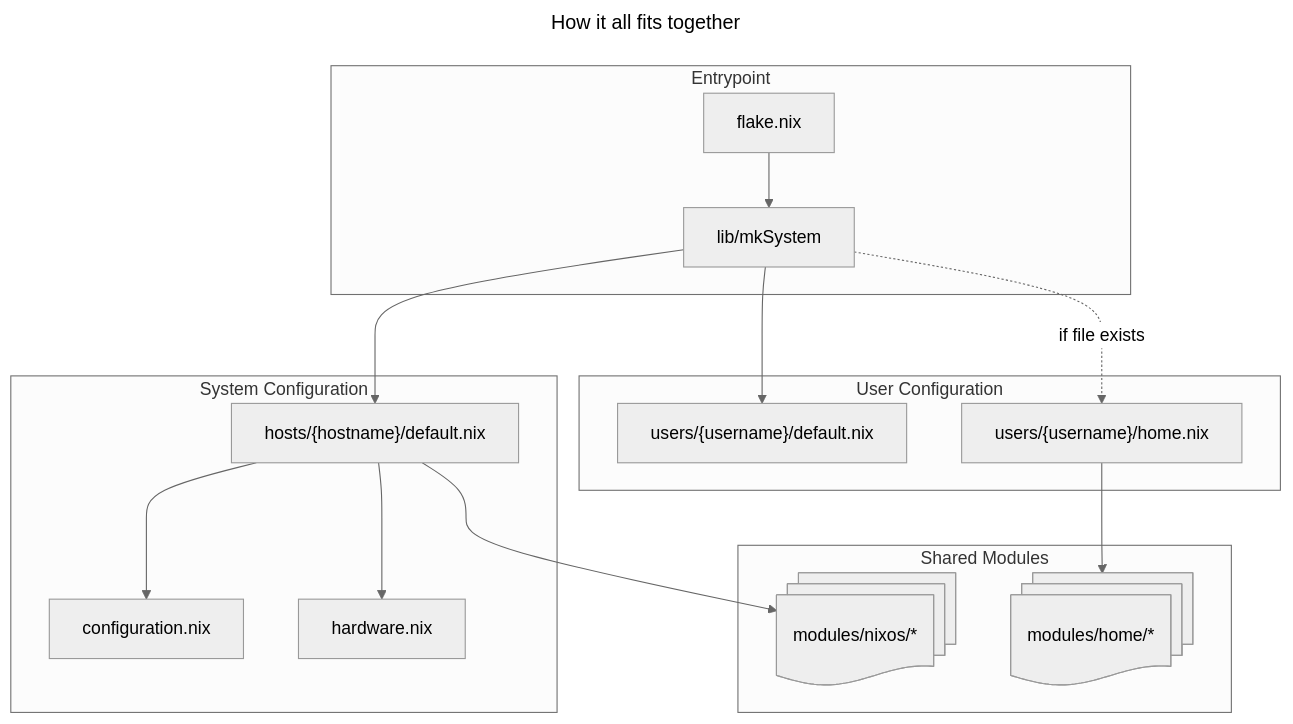
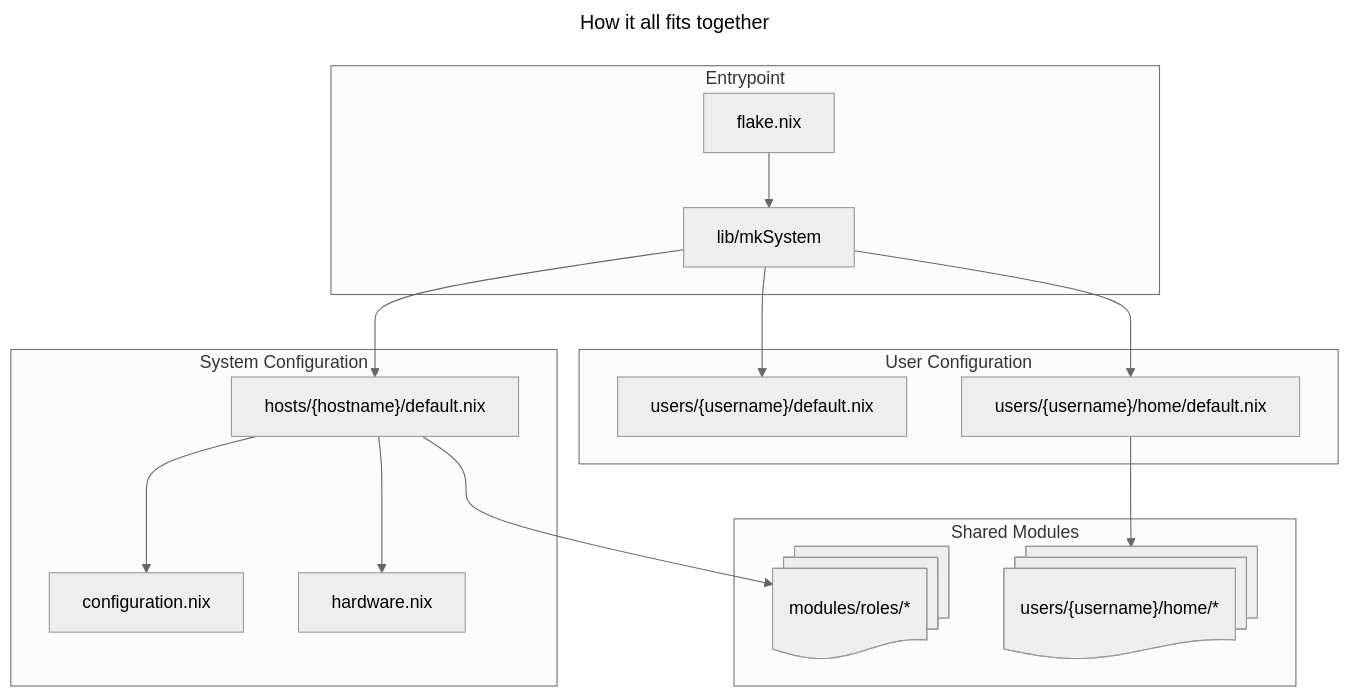
The diagram in README.md (zenware/nixos-config), drawn with Mermaid (neutral theme) before and after one commit. The commit also changed other lines of this file and 6 other files, not shown here.

````diff
--- a/README.md
+++ b/README.md
@@ -23,34 +23,34 @@
 ```mermaid
 ---
 title: How it all fits together
 ---
 graph TD
     subgraph Entrypoint
         flake
         mkSystem
     end
     subgraph System Configuration
         hosts
         hosts_conf
         hosts_hardware
     end
     subgraph User Configuration
         users_default
         users_home
     end
     subgraph Shared Modules
       nixos_mods
       home_mods
     end
     flake["flake.nix"] --> mkSystem["lib/mkSystem"]
     
     mkSystem --> hosts["hosts/{hostname}/default.nix"]
     mkSystem --> users_default["users/{username}/default.nix"]
-    mkSystem -.->|if file exists| users_home["users/{username}/home.nix"]
+    mkSystem --> users_home["users/{username}/home/default.nix"]
     
-    hosts --> nixos_mods@{ shape: docs, label: "modules/nixos/*"}
+    hosts --> nixos_mods@{ shape: docs, label: "modules/roles/*"}
     hosts --> hosts_conf["configuration.nix"]
     hosts --> hosts_hardware["hardware.nix"]
     
-    users_home --> home_mods@{ shape: docs, label: "modules/home/*"}
+    users_home --> home_mods@{ shape: docs, label: "users/{username}/home/*"}
 ```
````
